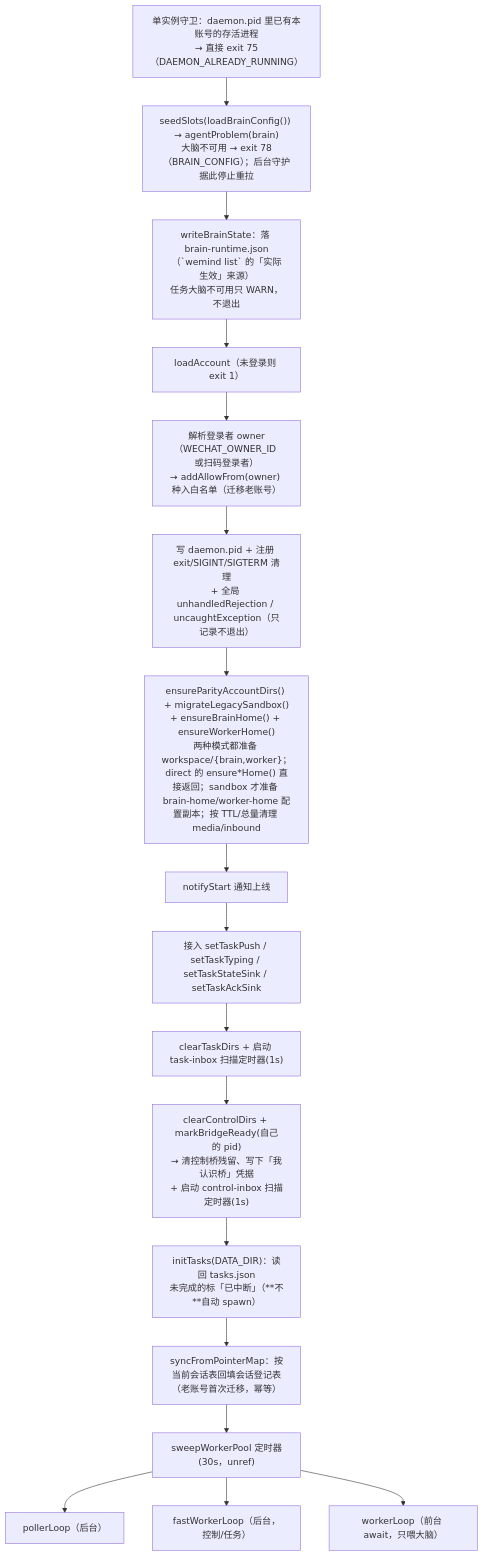
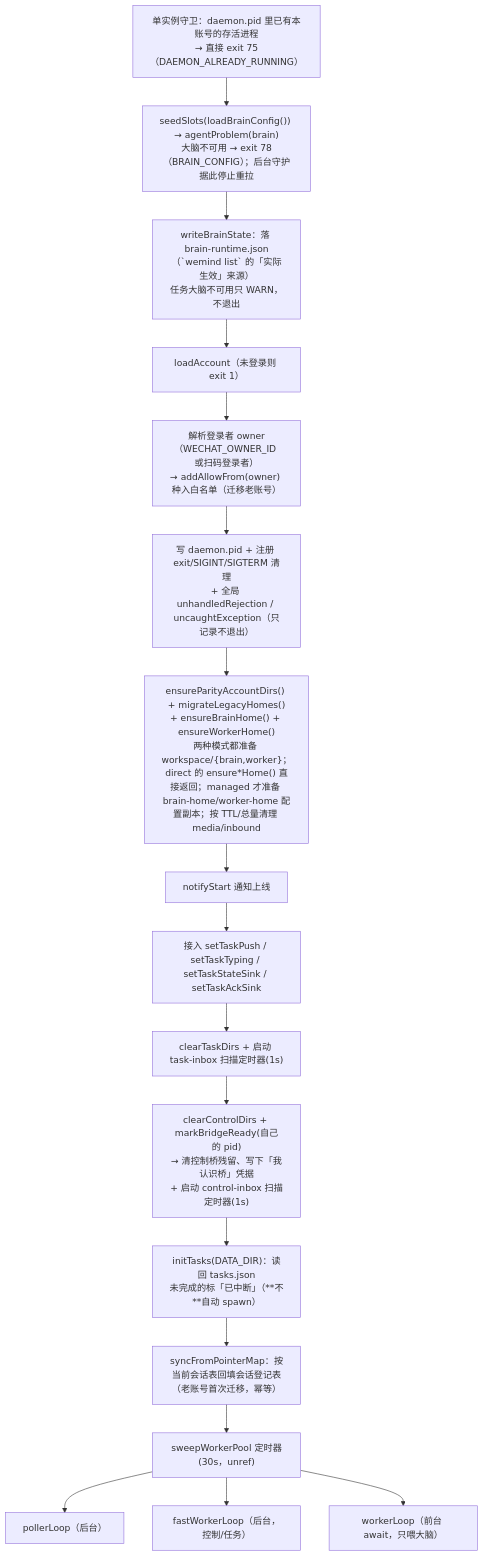
Before and after one commit to imwangpan/WeMind: the first of 4 diagrams in docs/repowiki/05-daemon.md, drawn with Mermaid. The commit also changed other lines of this file and 114 other files, not shown here.

First line of the commit message:
feat(agent-parity): 模式改名 managed、微信回复风格与设置继承收敛

````diff
--- a/docs/repowiki/05-daemon.md
+++ b/docs/repowiki/05-daemon.md
@@ -107,20 +107,20 @@
 ```mermaid
 graph TD
     A["单实例守卫：daemon.pid 里已有本账号的存活进程<br/>→ 直接 exit 75（DAEMON_ALREADY_RUNNING）"]
     A --> B["seedSlots(loadBrainConfig()) → agentProblem(brain)<br/>大脑不可用 → exit 78（BRAIN_CONFIG）；后台守护据此停止重拉"]
     B --> B2["writeBrainState：落 brain-runtime.json<br/>（`wemind list` 的「实际生效」来源）<br/>任务大脑不可用只 WARN，不退出"]
     B2 --> C["loadAccount（未登录则 exit 1）"]
     C --> D["解析登录者 owner（WECHAT_OWNER_ID 或扫码登录者）<br/>→ addAllowFrom(owner) 种入白名单（迁移老账号）"]
     D --> E["写 daemon.pid + 注册 exit/SIGINT/SIGTERM 清理<br/>+ 全局 unhandledRejection / uncaughtException（只记录不退出）"]
-    E --> F["ensureParityAccountDirs() + migrateLegacySandbox()<br/>+ ensureBrainHome() + ensureWorkerHome()<br/>两种模式都准备 workspace/{brain,worker}；direct 的 ensure*Home() 直接返回；sandbox 才准备 brain-home/worker-home 配置副本；按 TTL/总量清理 media/inbound"]
+    E --> F["ensureParityAccountDirs() + migrateLegacyHomes()<br/>+ ensureBrainHome() + ensureWorkerHome()<br/>两种模式都准备 workspace/{brain,worker}；direct 的 ensure*Home() 直接返回；managed 才准备 brain-home/worker-home 配置副本；按 TTL/总量清理 media/inbound"]
     F --> G["notifyStart 通知上线"]
     G --> H["接入 setTaskPush / setTaskTyping / setTaskStateSink / setTaskAckSink"]
     H --> I["clearTaskDirs + 启动 task-inbox 扫描定时器(1s)"]
     I --> J["clearControlDirs + markBridgeReady(自己的 pid)<br/>→ 清控制桥残留、写下「我认识桥」凭据<br/>+ 启动 control-inbox 扫描定时器(1s)"]
     J --> K["initTasks(DATA_DIR)：读回 tasks.json<br/>未完成的标「已中断」（**不**自动 spawn）"]
     K --> L["syncFromPointerMap：按当前会话表回填会话登记表<br/>（老账号首次迁移，幂等）"]
     L --> M["sweepWorkerPool 定时器(30s，unref)"]
     M --> N["pollerLoop（后台）"]
     M --> O["fastWorkerLoop（后台，控制/任务）"]
     M --> P["workerLoop（前台 await，只喂大脑）"]
 ```
````
